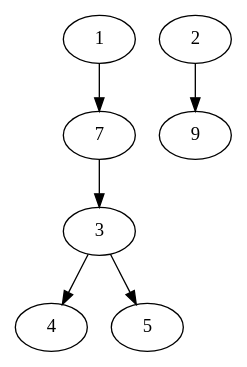
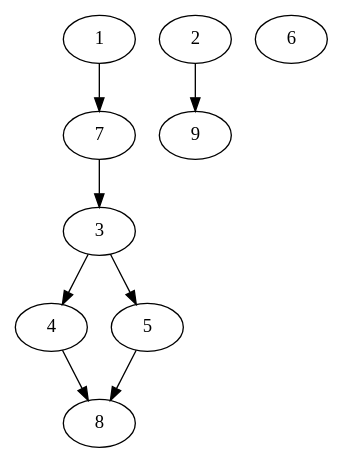
One commit to jpricarte/compiladores changed the diagram in e7/graph.dot. Above: the diagram before and after it, drawn with Graphviz. The commit also changed 3 other files, not shown here.

```diff
--- a/e7/graph.dot
+++ b/e7/graph.dot
@@ -1,7 +1,18 @@
 digraph FlowControlGraph {
+	1;
+	2;
+	3;
+	4;
+	5;
+	6;
+	7;
+	8;
+	9;
 	1 -> 7;
 	2 -> 9;
 	3 -> 4;
 	3 -> 5;
 	7 -> 3;
+	4 -> 8;
+	5 -> 8;
 }
```
